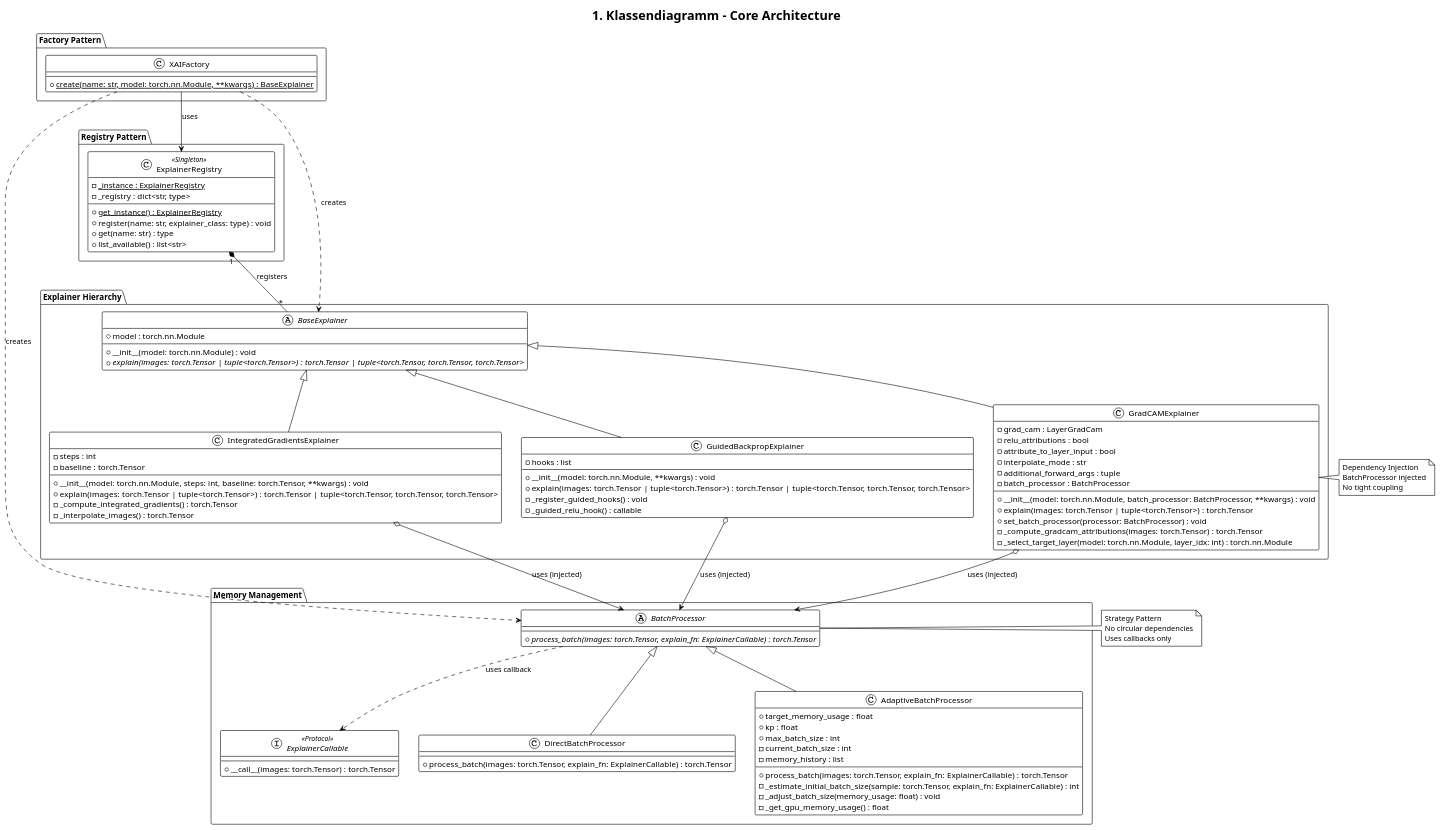
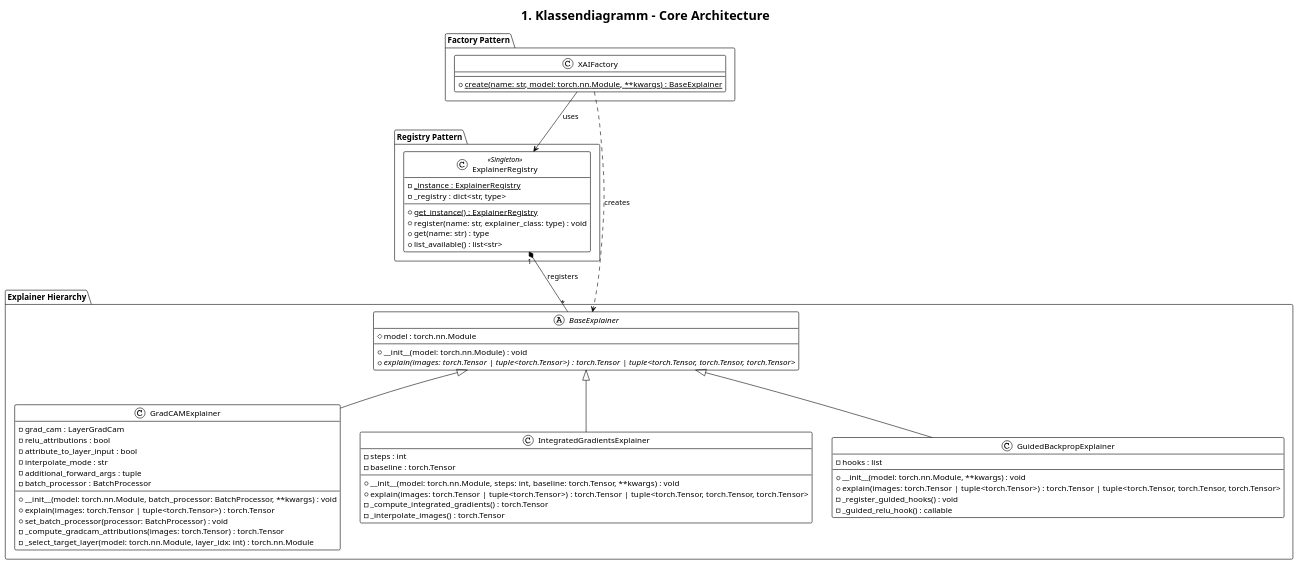
One commit to shum-panda/xai-eval-pipeline changed the diagram in Documentation/puml/xai_factory_design/xai_factory_classdiagramm.puml. Above: the diagram before and after it, drawn with PlantUML. The commit also changed 2 other files, not shown here.

Commit message:
adjust dokumentation to current state

```diff
--- a/Documentation/puml/xai_factory_design/xai_factory_classdiagramm.puml
+++ b/Documentation/puml/xai_factory_design/xai_factory_classdiagramm.puml
@@ -1,114 +1,78 @@
 @startuml ClassDiagram_XAI_Factory_Core_Architecture
 !theme plain
 title 1. Klassendiagramm - Core Architecture
 
 package "Registry Pattern" {
     class ExplainerRegistry <<Singleton>> {
         - {static} _instance : ExplainerRegistry
         - _registry : dict<str, type>
         --
         + {static} get_instance() : ExplainerRegistry
         + register(name: str, explainer_class: type) : void
         + get(name: str) : type
         + list_available() : list<str>
     }
 }
 
 package "Factory Pattern" {
     class XAIFactory {
         + {static} create(name: str, model: torch.nn.Module, **kwargs) : BaseExplainer
     }
 }
 
 package "Explainer Hierarchy" {
     abstract class BaseExplainer {
         # model : torch.nn.Module
         --
         + __init__(model: torch.nn.Module) : void
         + {abstract} explain(images: torch.Tensor | tuple<torch.Tensor>) : torch.Tensor | tuple<torch.Tensor, torch.Tensor, torch.Tensor>
     }
 
     class GradCAMExplainer {
         - grad_cam : LayerGradCam
         - relu_attributions : bool
         - attribute_to_layer_input : bool
         - interpolate_mode : str
         - additional_forward_args : tuple
         - batch_processor : BatchProcessor
         --
         + __init__(model: torch.nn.Module, batch_processor: BatchProcessor, **kwargs) : void
         + explain(images: torch.Tensor | tuple<torch.Tensor>) : torch.Tensor
         + set_batch_processor(processor: BatchProcessor) : void
         - _compute_gradcam_attributions(images: torch.Tensor) : torch.Tensor
         - _select_target_layer(model: torch.nn.Module, layer_idx: int) : torch.nn.Module
     }
 
     class IntegratedGradientsExplainer {
         - steps : int
         - baseline : torch.Tensor
         --
         + __init__(model: torch.nn.Module, steps: int, baseline: torch.Tensor, **kwargs) : void
         + explain(images: torch.Tensor | tuple<torch.Tensor>) : torch.Tensor | tuple<torch.Tensor, torch.Tensor, torch.Tensor>
         - _compute_integrated_gradients() : torch.Tensor
         - _interpolate_images() : torch.Tensor
     }
 
     class GuidedBackpropExplainer {
         - hooks : list
         --
         + __init__(model: torch.nn.Module, **kwargs) : void
         + explain(images: torch.Tensor | tuple<torch.Tensor>) : torch.Tensor | tuple<torch.Tensor, torch.Tensor, torch.Tensor>
         - _register_guided_hooks() : void
         - _guided_relu_hook() : callable
     }
 }
 
-package "Memory Management" {
-    interface ExplainerCallable <<Protocol>> {
-        + __call__(images: torch.Tensor) : torch.Tensor
-    }
 
-    abstract class BatchProcessor {
-        + {abstract} process_batch(images: torch.Tensor, explain_fn: ExplainerCallable) : torch.Tensor
-    }
-
-    class DirectBatchProcessor {
-        + process_batch(images: torch.Tensor, explain_fn: ExplainerCallable) : torch.Tensor
-    }
-
-    class AdaptiveBatchProcessor {
-        + target_memory_usage : float
-        + kp : float
-        + max_batch_size : int
-        - current_batch_size : int
-        - memory_history : list
-        --
-        + process_batch(images: torch.Tensor, explain_fn: ExplainerCallable) : torch.Tensor
-        - _estimate_initial_batch_size(sample: torch.Tensor, explain_fn: ExplainerCallable) : int
-        - _adjust_batch_size(memory_usage: float) : void
-        - _get_gpu_memory_usage() : float
-    }
-}
 
 ' Relationships - Strategy Pattern (KEINE zirkulären Abhängigkeiten)
 XAIFactory --> ExplainerRegistry : uses
 XAIFactory ..> BaseExplainer : creates
-XAIFactory ..> BatchProcessor : creates
+
 ExplainerRegistry "1" *-- "*" BaseExplainer : registers
 BaseExplainer <|-- GradCAMExplainer
 BaseExplainer <|-- IntegratedGradientsExplainer
 BaseExplainer <|-- GuidedBackpropExplainer
 
-' Strategy Pattern - Dependency Injection
-GradCAMExplainer o--> BatchProcessor : uses (injected)
-IntegratedGradientsExplainer o--> BatchProcessor : uses (injected)
-GuidedBackpropExplainer o--> BatchProcessor : uses (injected)
-
-BatchProcessor <|-- DirectBatchProcessor
-BatchProcessor <|-- AdaptiveBatchProcessor
-BatchProcessor ..> ExplainerCallable : uses callback
-
-note right of BatchProcessor : Strategy Pattern\nNo circular dependencies\nUses callbacks only
-note right of GradCAMExplainer : Dependency Injection\nBatchProcessor injected\nNo tight coupling
 
 @enduml
```
